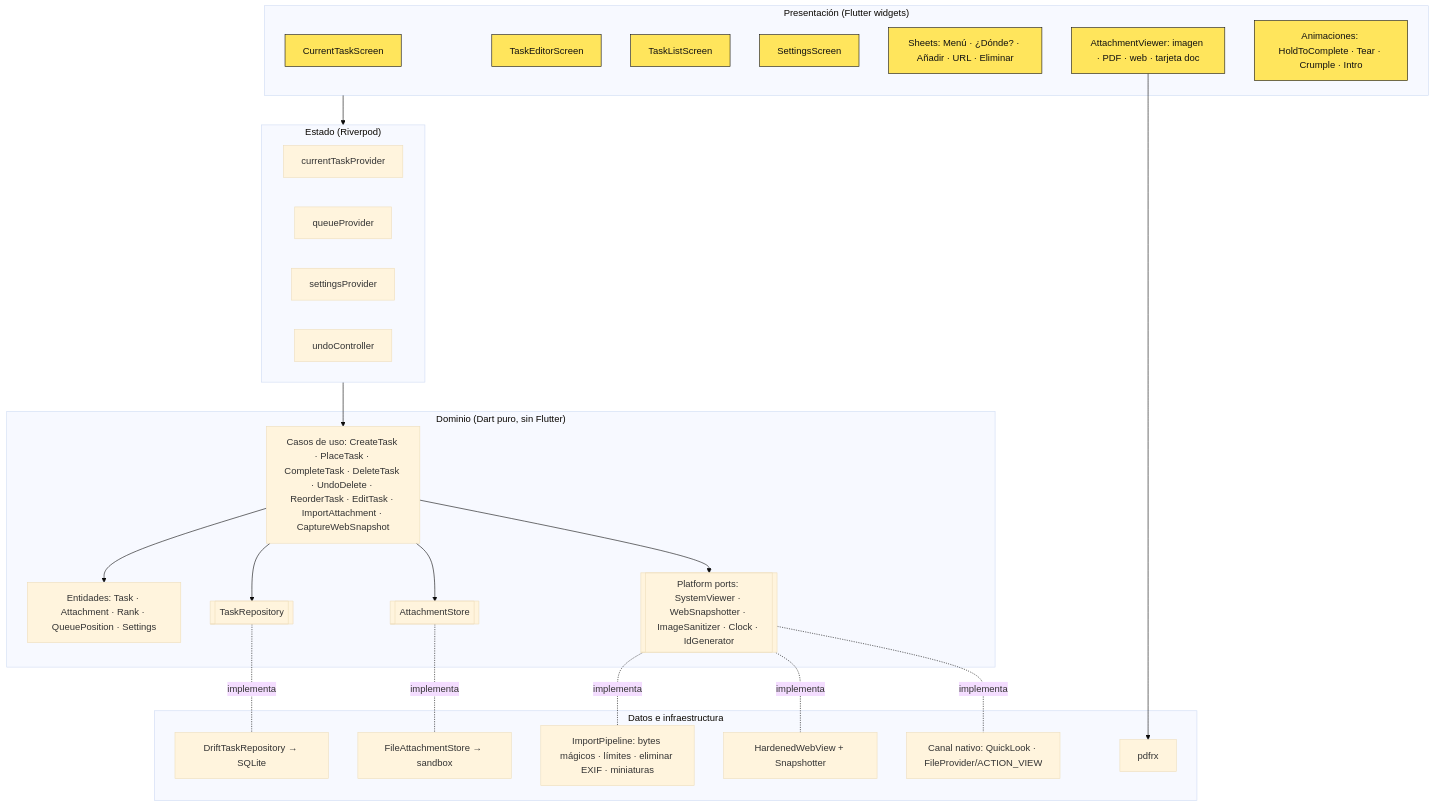
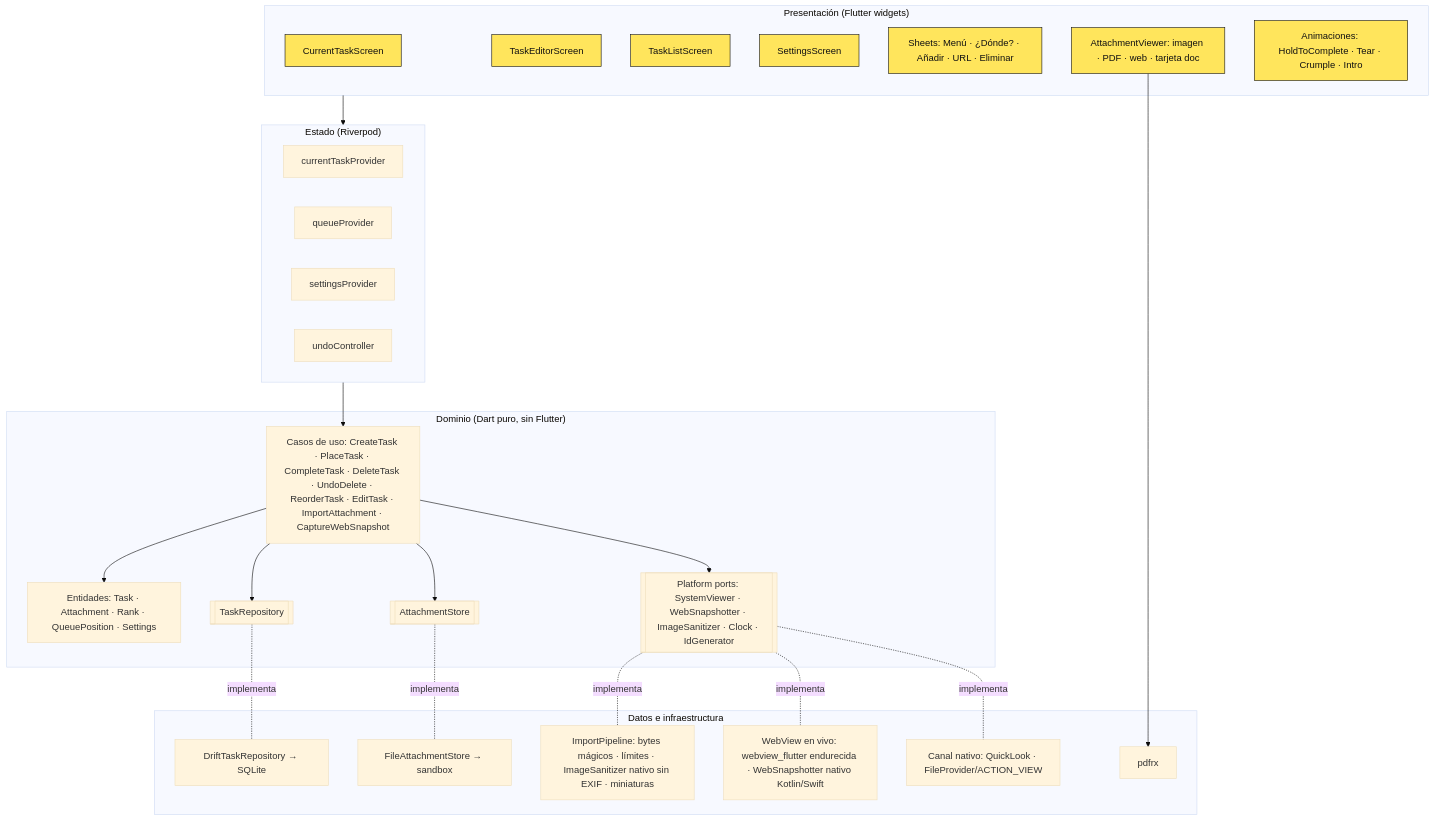
Before and after one commit to svallev/una: the first of 4 diagrams in docs/architecture.md, drawn with Mermaid (base theme). The commit also changed other lines of this file and 20 other files, not shown here.

````diff
--- a/docs/architecture.md
+++ b/docs/architecture.md
@@ -7,41 +7,41 @@
 ```mermaid
 flowchart TB
   subgraph UI["Presentación (Flutter widgets)"]
     S1[CurrentTaskScreen]:::ui
     S2[TaskEditorScreen]:::ui
     S3[TaskListScreen]:::ui
     S4[SettingsScreen]:::ui
     SH[Sheets: Menú · ¿Dónde? · Añadir · URL · Eliminar]:::ui
     V[AttachmentViewer: imagen · PDF · web · tarjeta doc]:::ui
     FX[Animaciones: HoldToComplete · Tear · Crumple · Intro]:::ui
   end
   subgraph STATE["Estado (Riverpod)"]
     P1[currentTaskProvider]
     P2[queueProvider]
     P3[settingsProvider]
     P4[undoController]
   end
   subgraph DOMAIN["Dominio (Dart puro, sin Flutter)"]
     UC[Casos de uso: CreateTask · PlaceTask · CompleteTask · DeleteTask · UndoDelete · ReorderTask · EditTask · ImportAttachment · CaptureWebSnapshot]
     E[Entidades: Task · Attachment · Rank · QueuePosition · Settings]
     RP[[TaskRepository]]
     AS[[AttachmentStore]]
     PF[[Platform ports: SystemViewer · WebSnapshotter · ImageSanitizer · Clock · IdGenerator]]
   end
   subgraph DATA["Datos e infraestructura"]
     DR[DriftTaskRepository → SQLite]
     FS[FileAttachmentStore → sandbox]
-    IMP[ImportPipeline: bytes mágicos · límites · eliminar EXIF · miniaturas]
-    WV[HardenedWebView + Snapshotter]
+    IMP[ImportPipeline: bytes mágicos · límites · ImageSanitizer nativo sin EXIF · miniaturas]
+    WV[WebView en vivo: webview_flutter endurecida · WebSnapshotter nativo Kotlin/Swift]
     PDF[pdfrx]
     NV[Canal nativo: QuickLook · FileProvider/ACTION_VIEW]
   end
   UI --> STATE --> UC
   UC --> E
   UC --> RP & AS & PF
   RP -.implementa.- DR
   AS -.implementa.- FS
   PF -.implementa.- IMP & WV & NV
   V --> PDF
   classDef ui fill:#FFE55C,stroke:#111,color:#111
 ```
````
